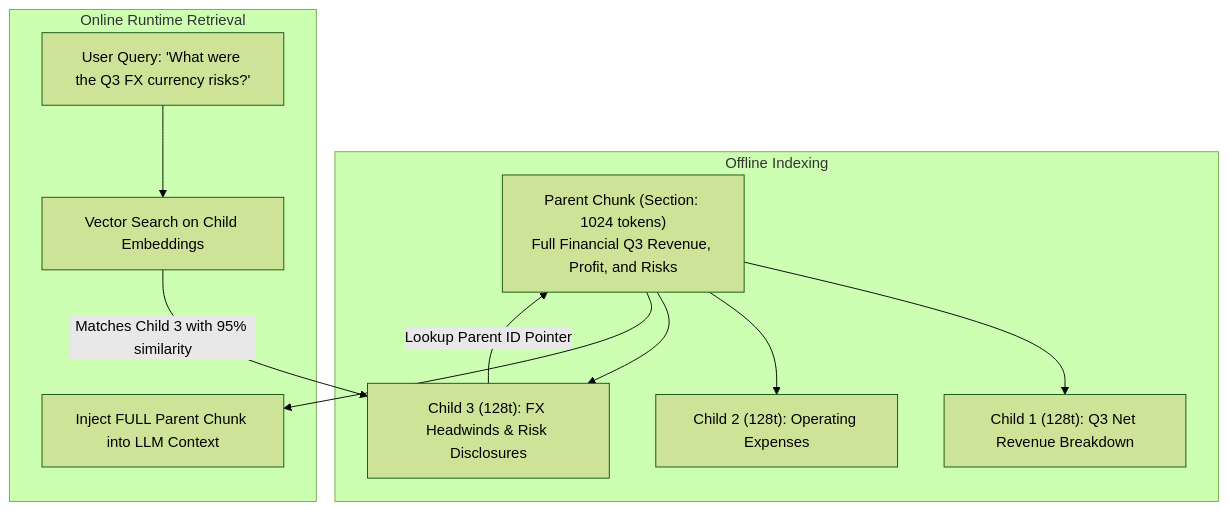
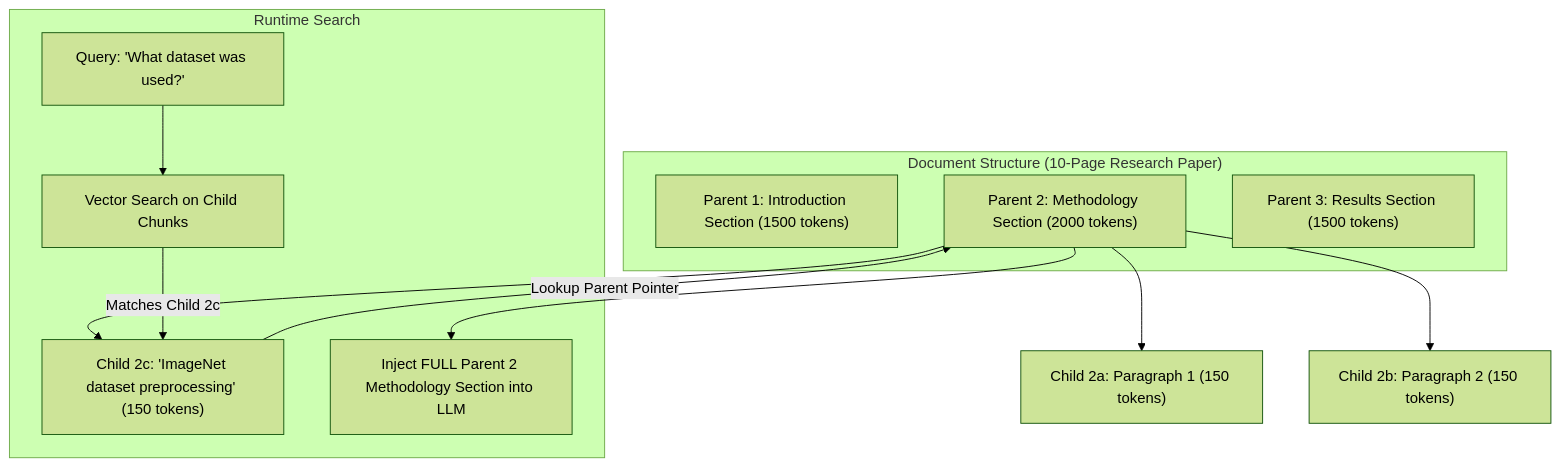
Diagram 14 of 31 in RAG/01_RAG_30_Questions.md (Nishant8826/theory-leaning), drawn with Mermaid (forest theme) before and after one commit. The commit also changed other lines of this file and 2 other files, not shown here.

````diff
--- a/RAG/01_RAG_30_Questions.md
+++ b/RAG/01_RAG_30_Questions.md
@@ -872,16 +744,19 @@
 ```mermaid
 flowchart TD
-    subgraph Storage_Indexing["Offline Indexing"]
-        P1["Parent Chunk (Section: 1024 tokens)<br/>Full Financial Q3 Revenue, Profit, and Risks"]
-        P1 --> C1["Child 1 (128t): Q3 Net Revenue Breakdown"]
-        P1 --> C2["Child 2 (128t): Operating Expenses"]
-        P1 --> C3["Child 3 (128t): FX Headwinds & Risk Disclosures"]
+    subgraph Document_Hierarchy["Document Structure (10-Page Research Paper)"]
+        P1["Parent 1: Introduction Section (1500 tokens)"]
+        P2["Parent 2: Methodology Section (2000 tokens)"]
+        P3["Parent 3: Results Section (1500 tokens)"]
     end
 
-    subgraph Online_Query["Online Runtime Retrieval"]
-        Q[User Query: 'What were the Q3 FX currency risks?'] --> VS[Vector Search on Child Embeddings]
-        VS -->|Matches Child 3 with 95% similarity| C3
-        C3 -->|Lookup Parent ID Pointer| P1
-        P1 --> LLM[Inject FULL Parent Chunk into LLM Context]
+    P2 --> C2A["Child 2a: Paragraph 1 (150 tokens)"]
+    P2 --> C2B["Child 2b: Paragraph 2 (150 tokens)"]
+    P2 --> C2C["Child 2c: 'ImageNet dataset preprocessing' (150 tokens)"]
+
+    subgraph Runtime_Retrieval["Runtime Search"]
+        UQ["Query: 'What dataset was used?'"] --> VS[Vector Search on Child Chunks]
+        VS -->|Matches Child 2c| C2C
+        C2C -->|Lookup Parent Pointer| P2
+        P2 --> LLM[Inject FULL Parent 2 Methodology Section into LLM]
     end
 ```
````
